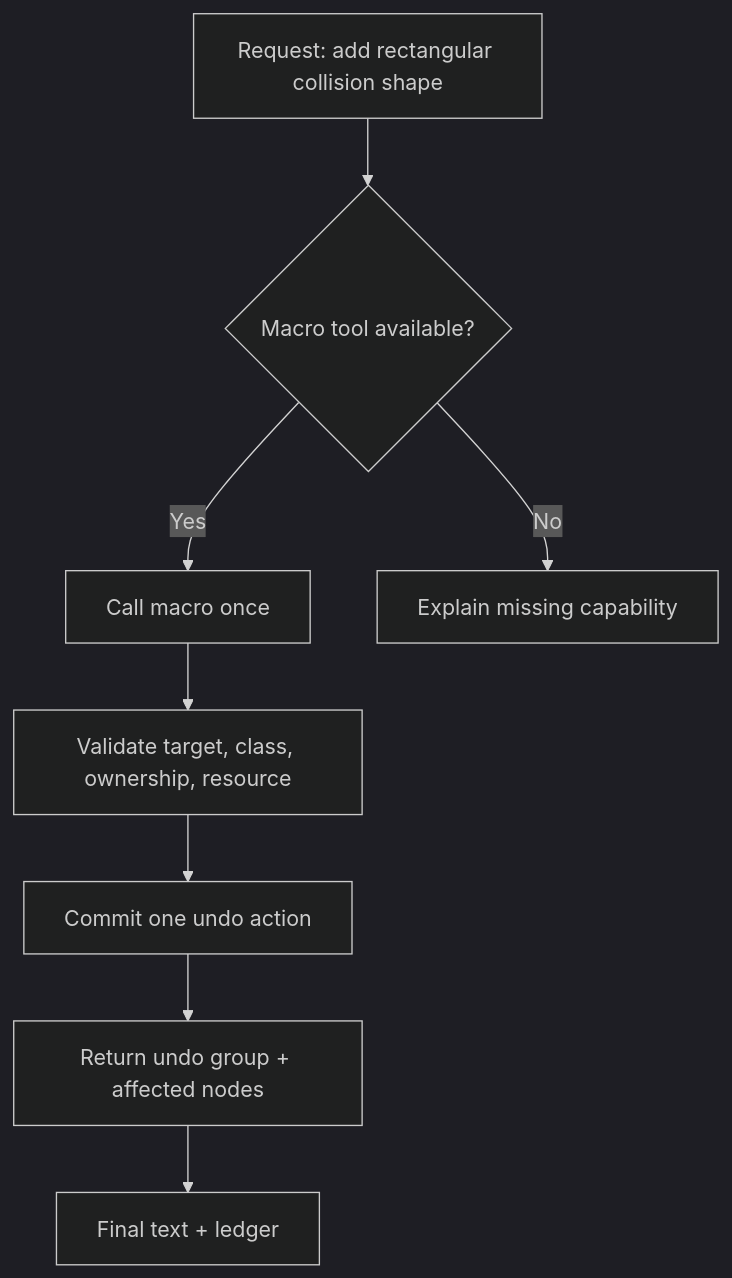
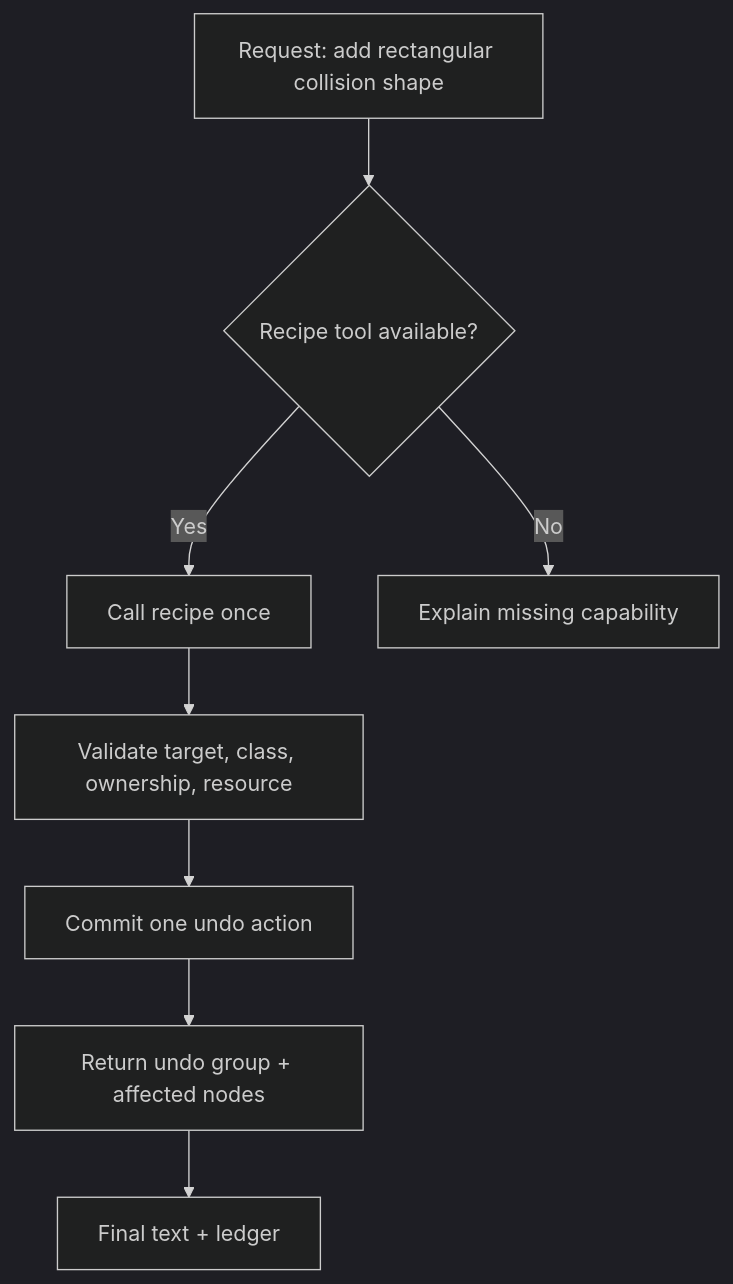
One commit to longjoel/tiiny-godot changed the fifth of 5 diagrams in plan/mockups/07-tool-orchestration-diagrams.md. Above: the diagram before and after it, drawn with Mermaid (dark theme). The commit also changed other lines of this file and 28 other files, not shown here.

````diff
--- a/plan/mockups/07-tool-orchestration-diagrams.md
+++ b/plan/mockups/07-tool-orchestration-diagrams.md
@@ -106,10 +106,10 @@
 ```mermaid
 flowchart TD
-    A[Request: add rectangular collision shape] --> B{Macro tool available?}
-    B -- Yes --> C[Call macro once]
+    A[Request: add rectangular collision shape] --> B{Recipe tool available?}
+    B -- Yes --> C[Call recipe once]
     C --> D[Validate target, class, ownership, resource]
     D --> E[Commit one undo action]
     E --> F[Return undo group + affected nodes]
     B -- No --> G[Explain missing capability]
     F --> H[Final text + ledger]
 ```
````
